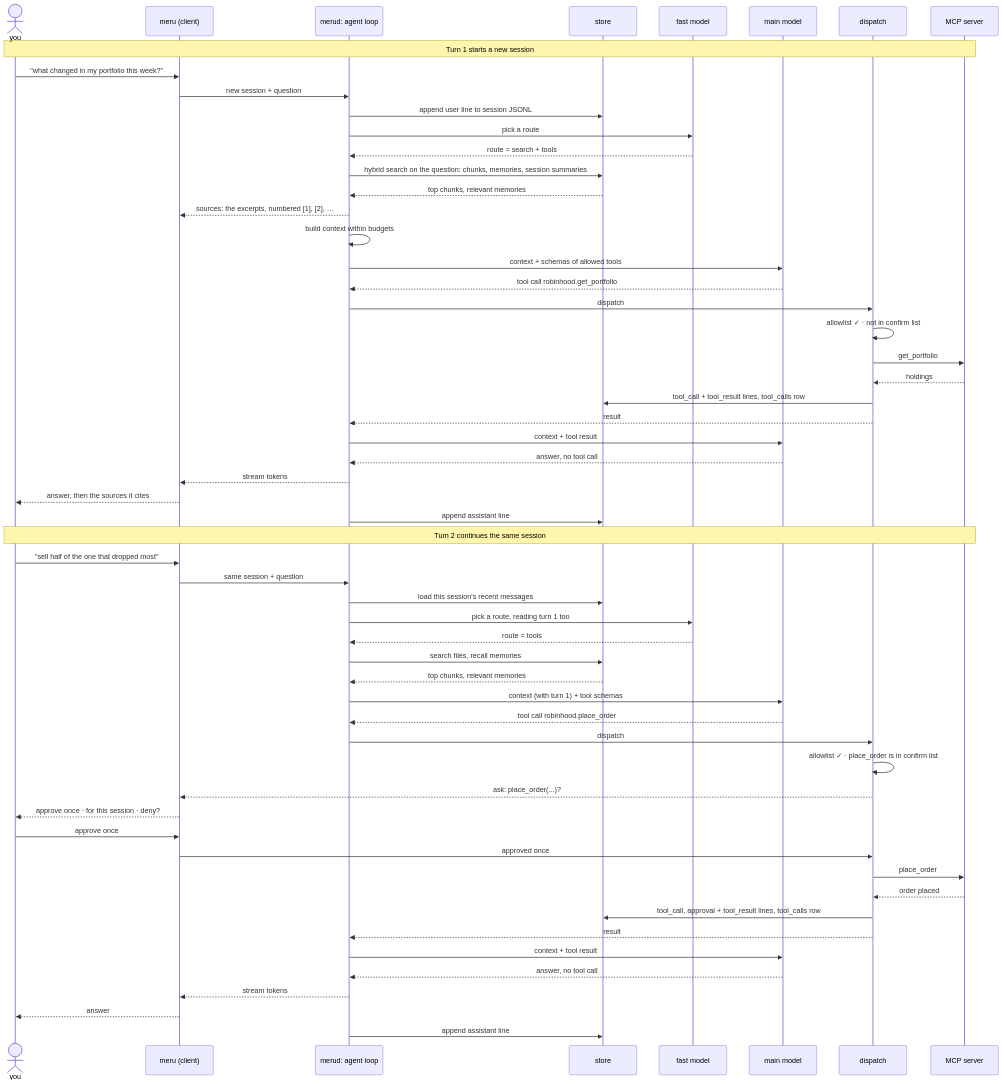
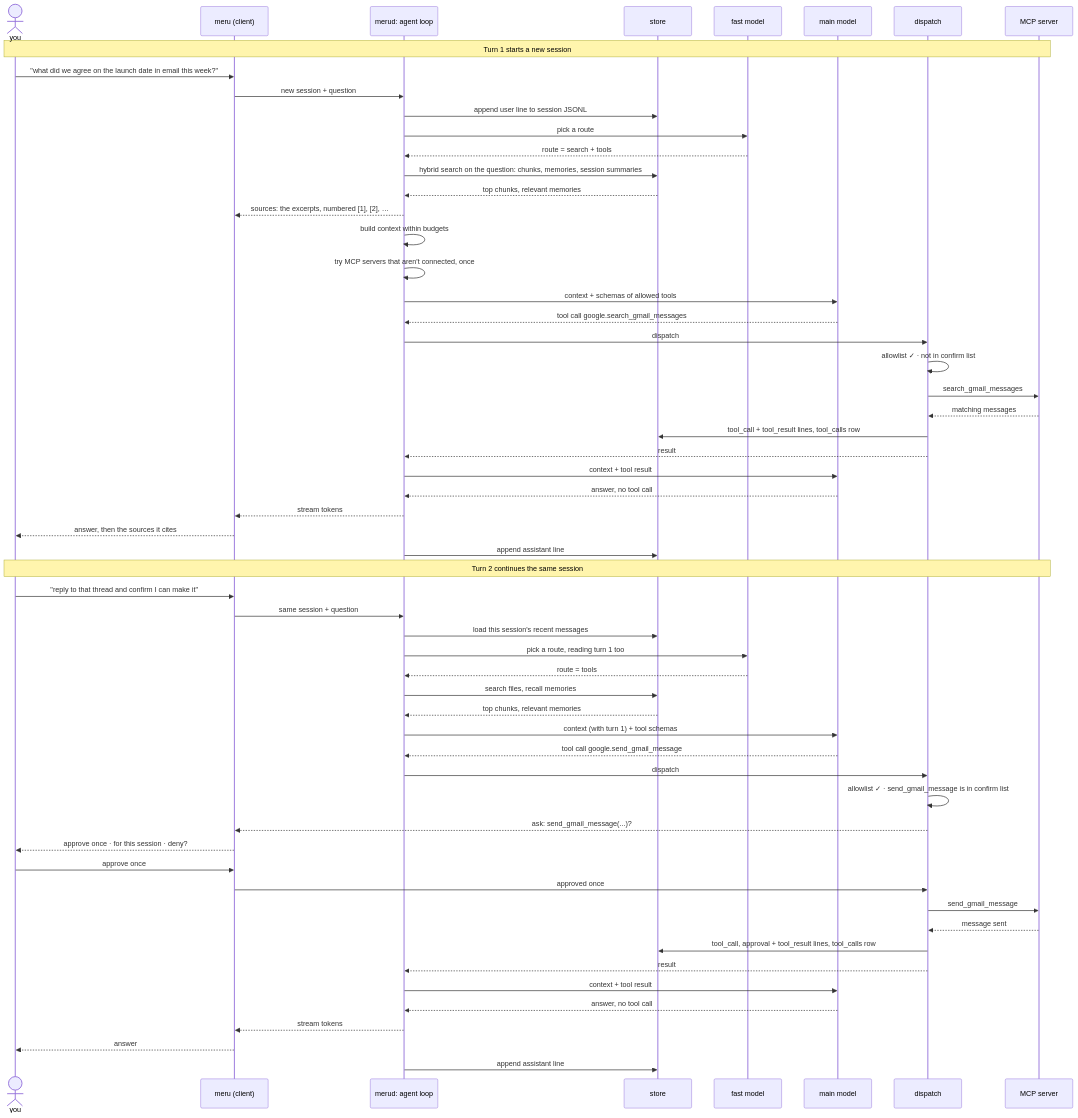
The second of 5 diagrams in ARCHITECTURE.md (aarora79/meru), drawn with Mermaid before and after one commit. The commit also changed other lines of this file and 8 other files, not shown here.

````diff
--- a/ARCHITECTURE.md
+++ b/ARCHITECTURE.md
@@ -257,61 +257,62 @@
 ```mermaid
 sequenceDiagram
     actor U as you
     participant C as meru (client)
     participant L as merud: agent loop
     participant S as store
     participant F as fast model
     participant M as main model
     participant D as dispatch
     participant T as MCP server
 
     Note over U,T: Turn 1 starts a new session
-    U->>C: "what changed in my portfolio this week?"
+    U->>C: "what did we agree on the launch date in email this week?"
     C->>L: new session + question
     L->>S: append user line to session JSONL
     L->>F: pick a route
     F-->>L: route = search + tools
     L->>S: hybrid search on the question: chunks, memories, session summaries
     S-->>L: top chunks, relevant memories
     L-->>C: sources: the excerpts, numbered [1], [2], …
     L->>L: build context within budgets
+    L->>L: try MCP servers that aren't connected, once
     L->>M: context + schemas of allowed tools
-    M-->>L: tool call robinhood.get_portfolio
+    M-->>L: tool call google.search_gmail_messages
     L->>D: dispatch
     D->>D: allowlist ✓ · not in confirm list
-    D->>T: get_portfolio
-    T-->>D: holdings
+    D->>T: search_gmail_messages
+    T-->>D: matching messages
     D->>S: tool_call + tool_result lines, tool_calls row
     D-->>L: result
     L->>M: context + tool result
     M-->>L: answer, no tool call
     L-->>C: stream tokens
     C-->>U: answer, then the sources it cites
     L->>S: append assistant line
 
     Note over U,T: Turn 2 continues the same session
-    U->>C: "sell half of the one that dropped most"
+    U->>C: "reply to that thread and confirm I can make it"
     C->>L: same session + question
     L->>S: load this session's recent messages
     L->>F: pick a route, reading turn 1 too
     F-->>L: route = tools
     L->>S: search files, recall memories
     S-->>L: top chunks, relevant memories
     L->>M: context (with turn 1) + tool schemas
-    M-->>L: tool call robinhood.place_order
+    M-->>L: tool call google.send_gmail_message
     L->>D: dispatch
-    D->>D: allowlist ✓ · place_order is in confirm list
-    D-->>C: ask: place_order(...)?
+    D->>D: allowlist ✓ · send_gmail_message is in confirm list
+    D-->>C: ask: send_gmail_message(...)?
     C-->>U: approve once · for this session · deny?
     U->>C: approve once
     C->>D: approved once
-    D->>T: place_order
-    T-->>D: order placed
+    D->>T: send_gmail_message
+    T-->>D: message sent
     D->>S: tool_call, approval + tool_result lines, tool_calls row
     D-->>L: result
     L->>M: context + tool result
     M-->>L: answer, no tool call
     L-->>C: stream tokens
     C-->>U: answer
     L->>S: append assistant line
 ```
````
